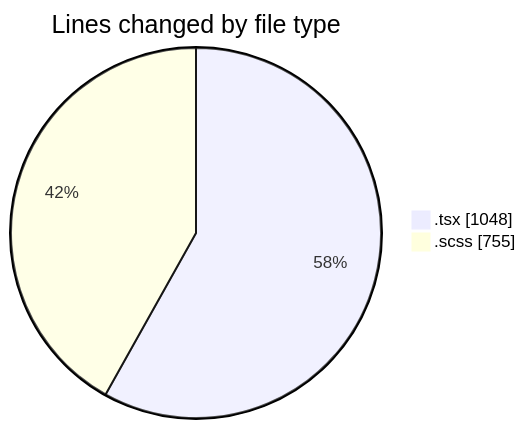
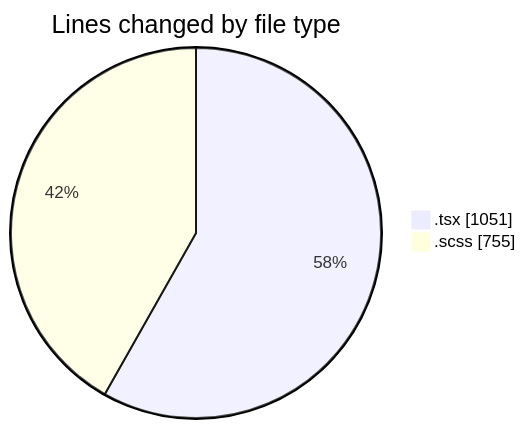
One commit to momahboobian/code-tracking changed the first of 2 diagrams in 2025-10-06/cda/README.md. Above: the diagram before and after it, drawn with Mermaid. The commit also changed other lines of this file and 1 other file, not shown here.

````diff
--- a/2025-10-06/cda/README.md
+++ b/2025-10-06/cda/README.md
@@ -24,6 +24,6 @@
 ```mermaid
 pie showData
 title Lines changed by file type
-".tsx" : 1048
+".tsx" : 1051
 ".scss" : 755
 ```
````
